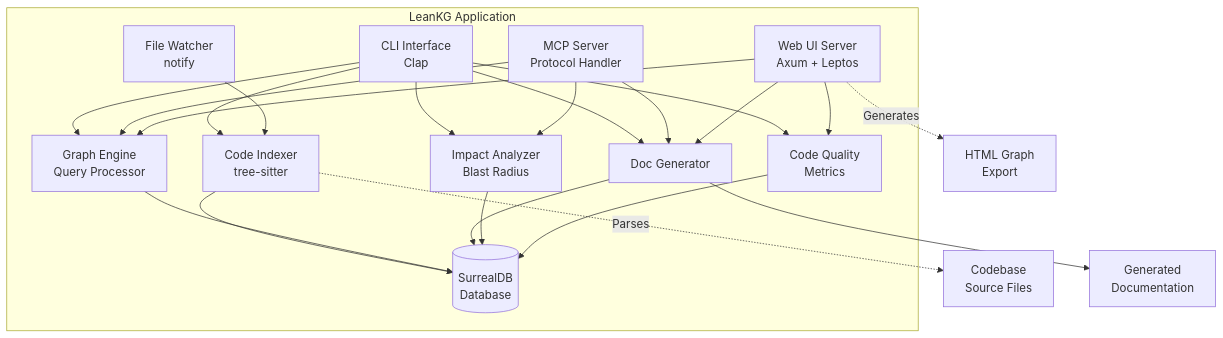
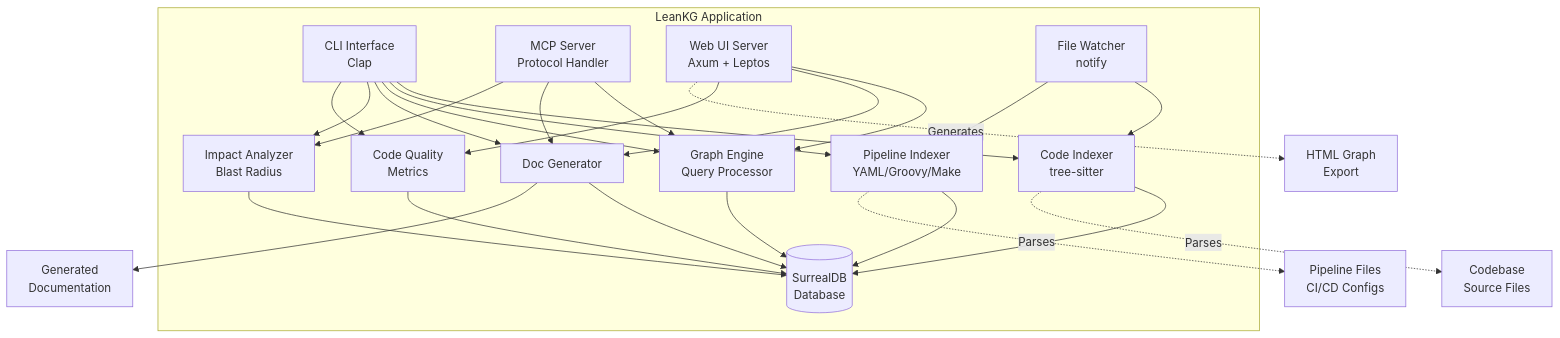
The second of 11 diagrams in docs/design/hld-leankg.md (FreePeak/LeanKG), drawn with Mermaid before and after one commit. The commit also changed other lines of this file and 1 other file, not shown here.

````diff
--- a/docs/design/hld-leankg.md
+++ b/docs/design/hld-leankg.md
@@ -86,47 +94,53 @@
 ```mermaid
 graph TB
     subgraph "LeanKG Application"
         CLI[CLI Interface<br/>Clap]
         MCP[MCP Server<br/>Protocol Handler]
         Web[Web UI Server<br/>Axum + Leptos]
         
         Indexer[Code Indexer<br/>tree-sitter]
+        PipeIdx[Pipeline Indexer<br/>YAML/Groovy/Make]
         Graph[Graph Engine<br/>Query Processor]
         DocGen[Doc Generator]
         Watcher[File Watcher<br/>notify]
         Impact[Impact Analyzer<br/>Blast Radius]
         Qual[Code Quality<br/>Metrics]
         
         DB[(SurrealDB<br/>Database)]
         
         CLI --> Indexer
+        CLI --> PipeIdx
         CLI --> Graph
         CLI --> DocGen
         CLI --> Impact
         CLI --> Qual
         
         MCP --> Graph
         MCP --> DocGen
         MCP --> Impact
         
         Web --> Graph
         Web --> DocGen
         Web --> Qual
         
         Indexer --> DB
+        PipeIdx --> DB
         Graph --> DB
         DocGen --> DB
         Impact --> DB
         Qual --> DB
         Watcher --> Indexer
+        Watcher --> PipeIdx
     end
     
     Codebase[Codebase<br/>Source Files]
+    PipeFiles[Pipeline Files<br/>CI/CD Configs]
     Indexer -.->|Parses| Codebase
+    PipeIdx -.->|Parses| PipeFiles
     
     Output[Generated<br/>Documentation]
     DocGen --> Output
     
     HTML[HTML Graph<br/>Export]
     Web -.->|Generates| HTML
 ```
````
